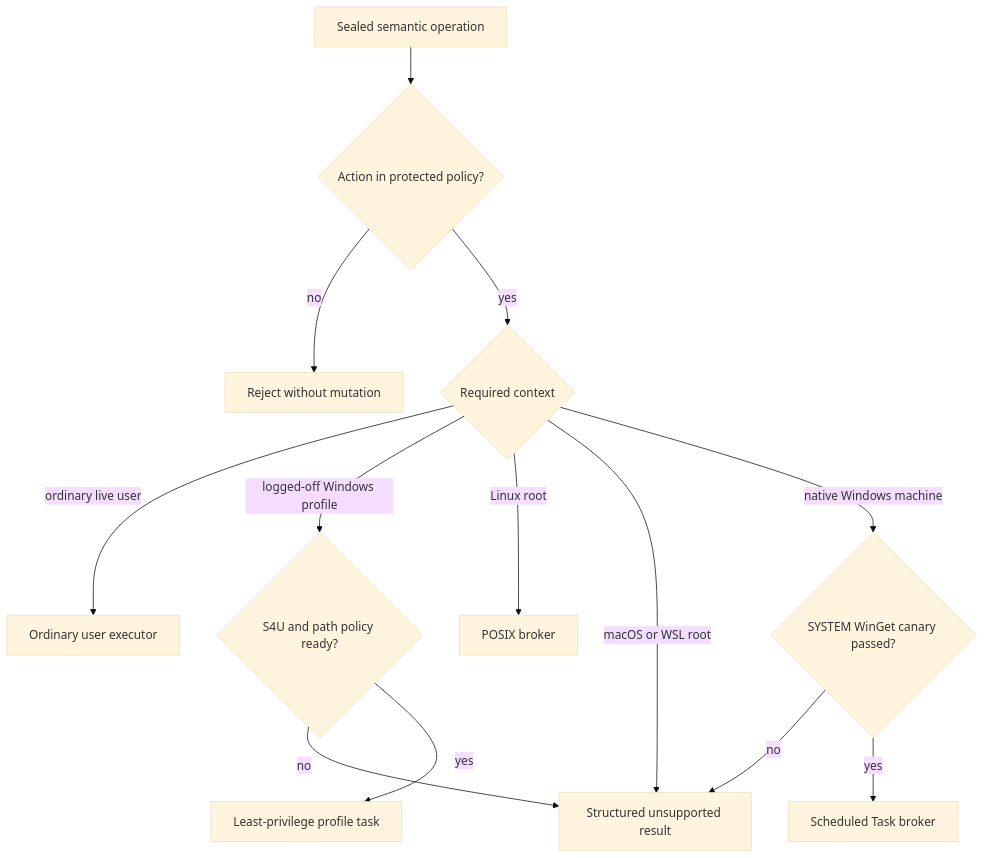
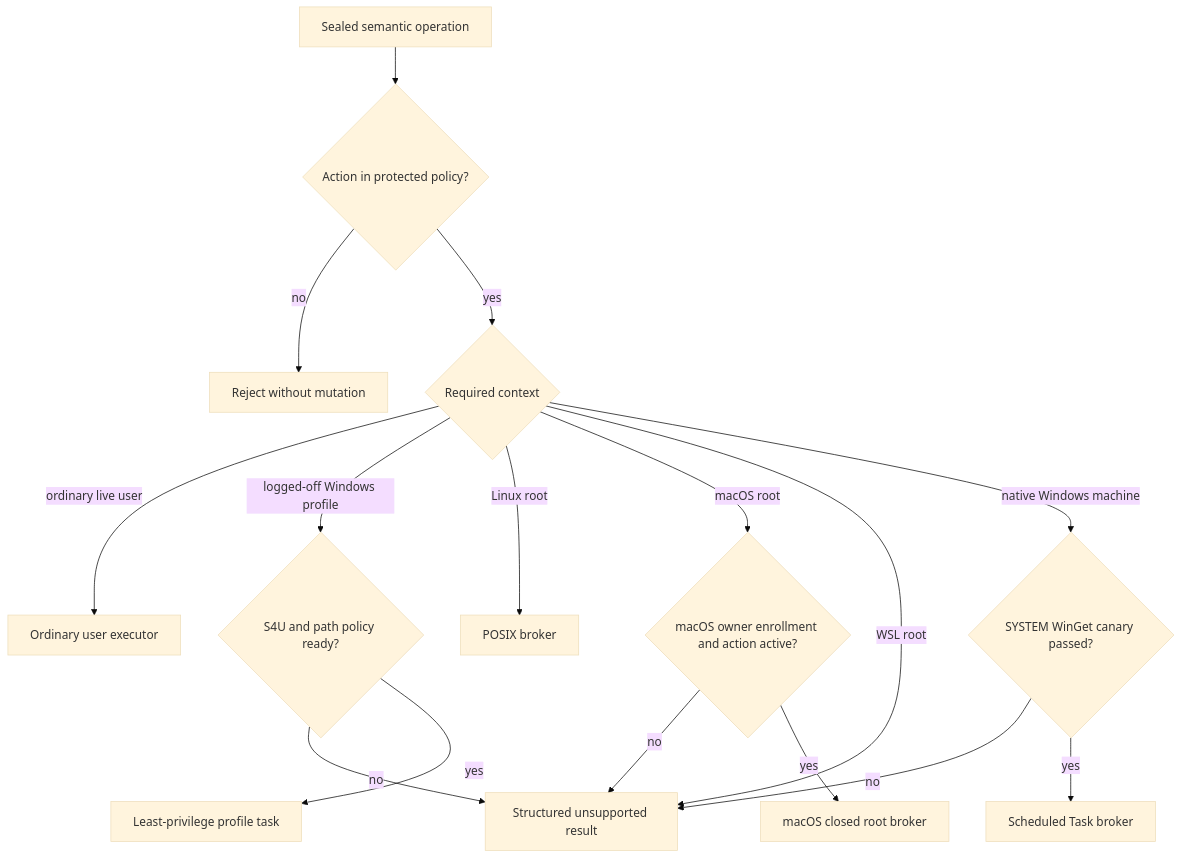
One commit to novotnyllc/machine-utilities changed the fourth of 5 diagrams in docs/plans/2026-07-31-001-feat-unattended-fleet-privilege-brokers-plan.md. Above: the diagram before and after it, drawn with Mermaid (base theme). The commit also changed other lines of this file and 19 other files, not shown here.

````diff
--- a/docs/plans/2026-07-31-001-feat-unattended-fleet-privilege-brokers-plan.md
+++ b/docs/plans/2026-07-31-001-feat-unattended-fleet-privilege-brokers-plan.md
@@ -357,15 +356,18 @@
 ```mermaid
 flowchart TB
   Operation["Sealed semantic operation"] --> Allowed{"Action in protected policy?"}
   Allowed -->|"no"| Reject["Reject without mutation"]
   Allowed -->|"yes"| Context{"Required context"}
   Context -->|"ordinary live user"| User["Ordinary user executor"]
   Context -->|"logged-off Windows profile"| S4UCanary{"S4U and path policy ready?"}
   Context -->|"Linux root"| Posix["POSIX broker"]
-  Context -->|"macOS or WSL root"| Unsupported["Structured unsupported result"]
+  Context -->|"macOS root"| MacPolicy{"macOS owner enrollment and action active?"}
+  MacPolicy -->|"no"| Unsupported["Structured unsupported result"]
+  MacPolicy -->|"yes"| MacBroker["macOS closed root broker"]
+  Context -->|"WSL root"| Unsupported
   Context -->|"native Windows machine"| Canary{"SYSTEM WinGet canary passed?"}
   Canary -->|"no"| Unsupported["Structured unsupported result"]
   Canary -->|"yes"| Windows["Scheduled Task broker"]
   S4UCanary -->|"no"| Unsupported
   S4UCanary -->|"yes"| S4U["Least-privilege profile task"]
 ```
````
